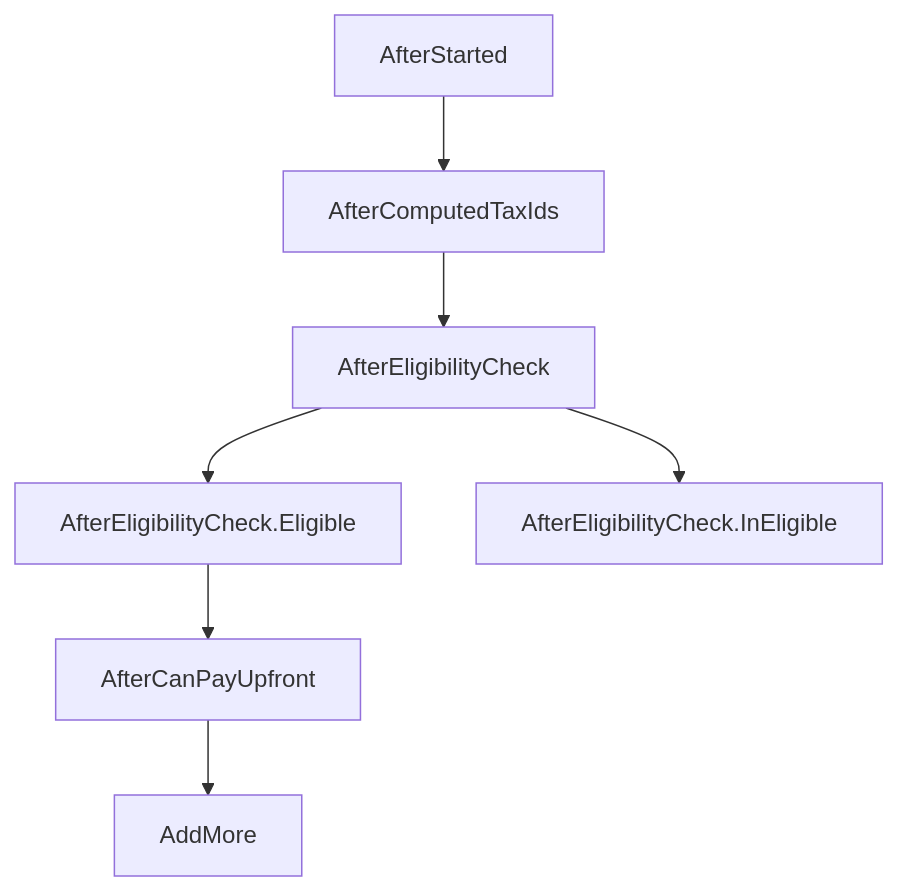
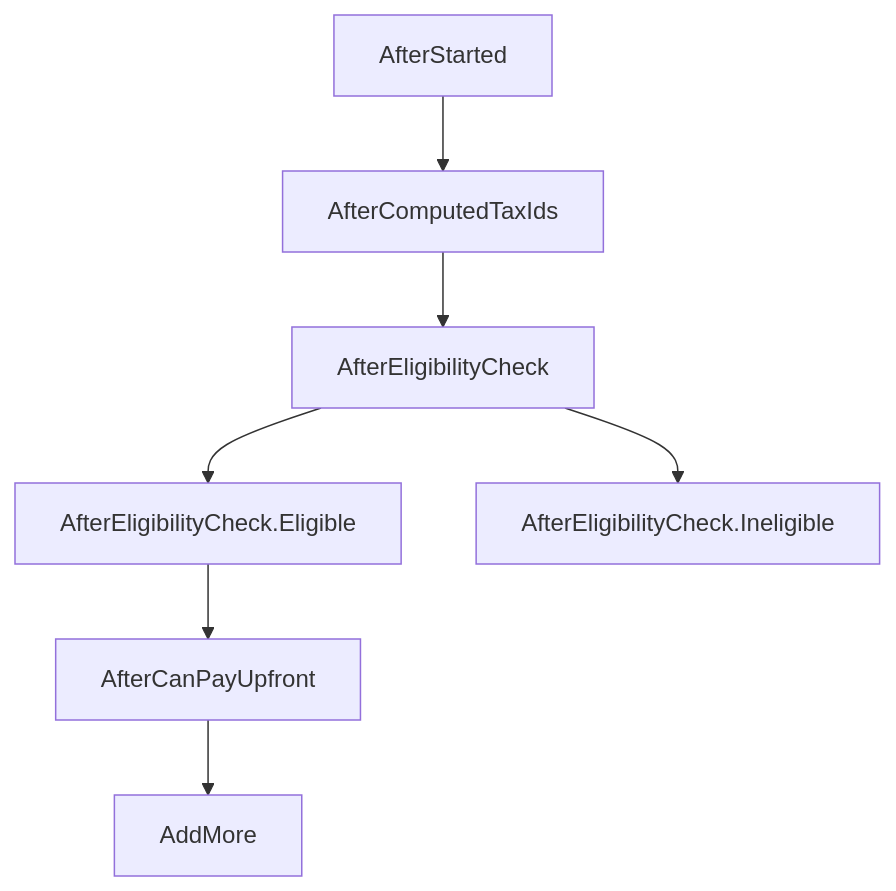
Before and after one commit to hmrc/essttp-backend: the diagram in README.md, drawn with Mermaid. The commit also changed 33 other files, not shown here.

````diff
--- a/README.md
+++ b/README.md
@@ -16,9 +16,9 @@
 ```mermaid
 graph TD;
     AfterStarted --> AfterComputedTaxIds;
     AfterComputedTaxIds --> AfterEligibilityCheck;
     AfterEligibilityCheck --> AfterEligibilityCheck.Eligible;
-    AfterEligibilityCheck --> AfterEligibilityCheck.InEligible;
+    AfterEligibilityCheck --> AfterEligibilityCheck.Ineligible;
     AfterEligibilityCheck.Eligible --> AfterCanPayUpfront;
     AfterCanPayUpfront --> AddMore;
 ```
````
